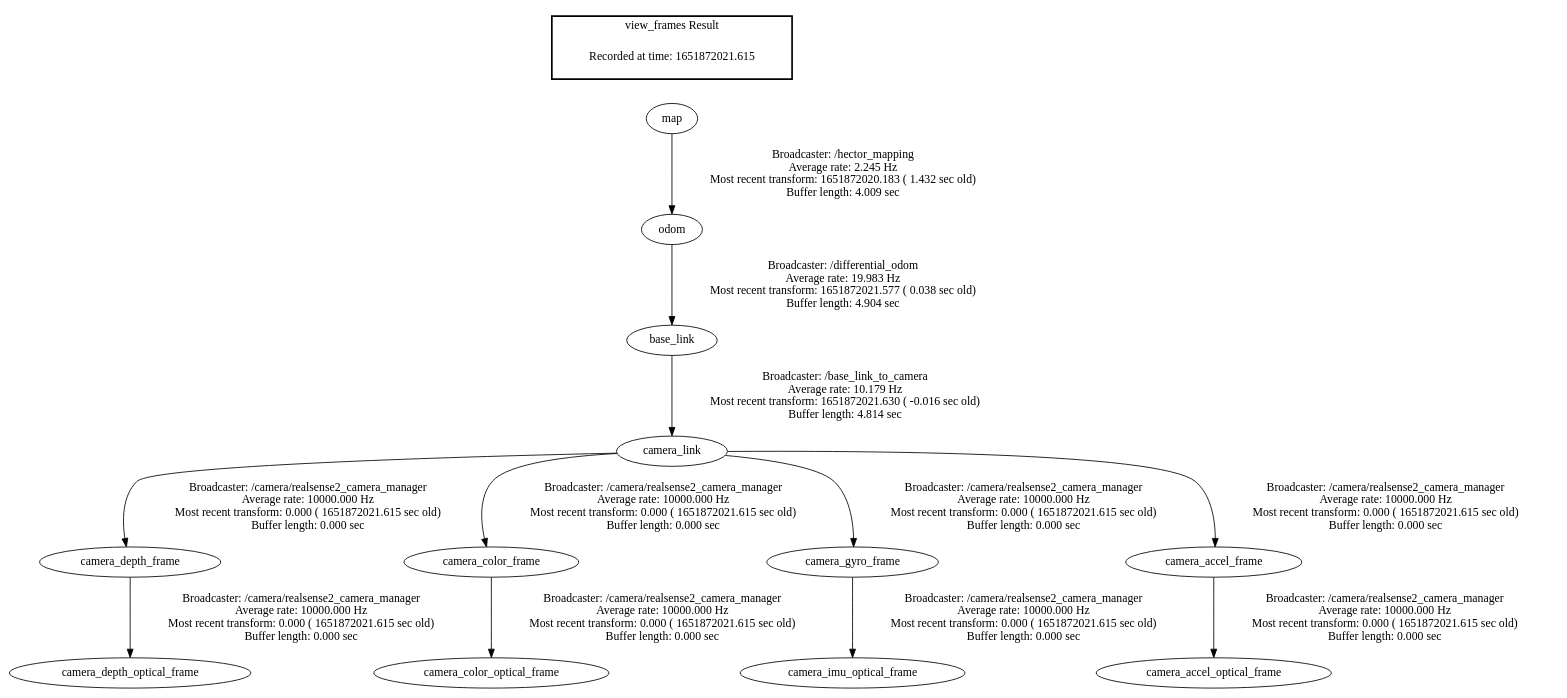
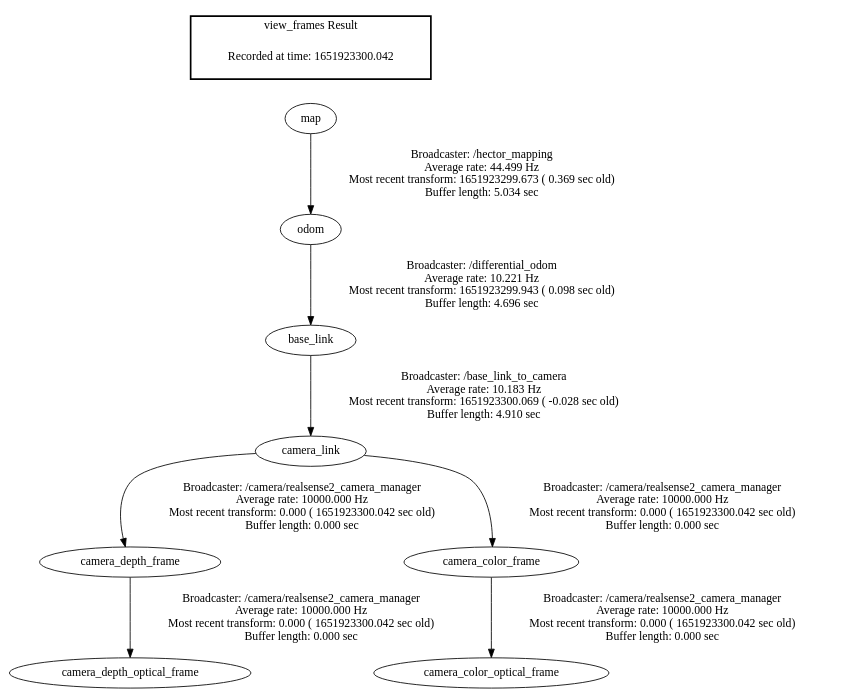
Before and after one commit to Honza0297/ros-trilobot: the diagram in param/frames.gv, drawn with Graphviz. The commit also changed 20 other files, not shown here.

```diff
--- a/param/frames.gv
+++ b/param/frames.gv
@@ -1,17 +1,13 @@
 digraph G {
-"camera_link" -> "camera_depth_frame"[label="Broadcaster: /camera/realsense2_camera_manager\nAverage rate: 10000.000 Hz\nMost recent transform: 0.000 ( 1651872021.615 sec old)\nBuffer length: 0.000 sec\n"];
-"base_link" -> "camera_link"[label="Broadcaster: /base_link_to_camera\nAverage rate: 10.179 Hz\nMost recent transform: 1651872021.630 ( -0.016 sec old)\nBuffer length: 4.814 sec\n"];
-"camera_depth_frame" -> "camera_depth_optical_frame"[label="Broadcaster: /camera/realsense2_camera_manager\nAverage rate: 10000.000 Hz\nMost recent transform: 0.000 ( 1651872021.615 sec old)\nBuffer length: 0.000 sec\n"];
-"camera_link" -> "camera_color_frame"[label="Broadcaster: /camera/realsense2_camera_manager\nAverage rate: 10000.000 Hz\nMost recent transform: 0.000 ( 1651872021.615 sec old)\nBuffer length: 0.000 sec\n"];
-"camera_color_frame" -> "camera_color_optical_frame"[label="Broadcaster: /camera/realsense2_camera_manager\nAverage rate: 10000.000 Hz\nMost recent transform: 0.000 ( 1651872021.615 sec old)\nBuffer length: 0.000 sec\n"];
-"camera_link" -> "camera_gyro_frame"[label="Broadcaster: /camera/realsense2_camera_manager\nAverage rate: 10000.000 Hz\nMost recent transform: 0.000 ( 1651872021.615 sec old)\nBuffer length: 0.000 sec\n"];
-"camera_gyro_frame" -> "camera_imu_optical_frame"[label="Broadcaster: /camera/realsense2_camera_manager\nAverage rate: 10000.000 Hz\nMost recent transform: 0.000 ( 1651872021.615 sec old)\nBuffer length: 0.000 sec\n"];
-"camera_link" -> "camera_accel_frame"[label="Broadcaster: /camera/realsense2_camera_manager\nAverage rate: 10000.000 Hz\nMost recent transform: 0.000 ( 1651872021.615 sec old)\nBuffer length: 0.000 sec\n"];
-"camera_accel_frame" -> "camera_accel_optical_frame"[label="Broadcaster: /camera/realsense2_camera_manager\nAverage rate: 10000.000 Hz\nMost recent transform: 0.000 ( 1651872021.615 sec old)\nBuffer length: 0.000 sec\n"];
-"odom" -> "base_link"[label="Broadcaster: /differential_odom\nAverage rate: 19.983 Hz\nMost recent transform: 1651872021.577 ( 0.038 sec old)\nBuffer length: 4.904 sec\n"];
-"map" -> "odom"[label="Broadcaster: /hector_mapping\nAverage rate: 2.245 Hz\nMost recent transform: 1651872020.183 ( 1.432 sec old)\nBuffer length: 4.009 sec\n"];
+"base_link" -> "camera_link"[label="Broadcaster: /base_link_to_camera\nAverage rate: 10.183 Hz\nMost recent transform: 1651923300.069 ( -0.028 sec old)\nBuffer length: 4.910 sec\n"];
+"odom" -> "base_link"[label="Broadcaster: /differential_odom\nAverage rate: 10.221 Hz\nMost recent transform: 1651923299.943 ( 0.098 sec old)\nBuffer length: 4.696 sec\n"];
+"map" -> "odom"[label="Broadcaster: /hector_mapping\nAverage rate: 44.499 Hz\nMost recent transform: 1651923299.673 ( 0.369 sec old)\nBuffer length: 5.034 sec\n"];
+"camera_link" -> "camera_depth_frame"[label="Broadcaster: /camera/realsense2_camera_manager\nAverage rate: 10000.000 Hz\nMost recent transform: 0.000 ( 1651923300.042 sec old)\nBuffer length: 0.000 sec\n"];
+"camera_depth_frame" -> "camera_depth_optical_frame"[label="Broadcaster: /camera/realsense2_camera_manager\nAverage rate: 10000.000 Hz\nMost recent transform: 0.000 ( 1651923300.042 sec old)\nBuffer length: 0.000 sec\n"];
+"camera_link" -> "camera_color_frame"[label="Broadcaster: /camera/realsense2_camera_manager\nAverage rate: 10000.000 Hz\nMost recent transform: 0.000 ( 1651923300.042 sec old)\nBuffer length: 0.000 sec\n"];
+"camera_color_frame" -> "camera_color_optical_frame"[label="Broadcaster: /camera/realsense2_camera_manager\nAverage rate: 10000.000 Hz\nMost recent transform: 0.000 ( 1651923300.042 sec old)\nBuffer length: 0.000 sec\n"];
 edge [style=invis];
  subgraph cluster_legend { style=bold; color=black; label ="view_frames Result";
-"Recorded at time: 1651872021.615"[ shape=plaintext ] ;
+"Recorded at time: 1651923300.042"[ shape=plaintext ] ;
  }->"map";
 }
```
